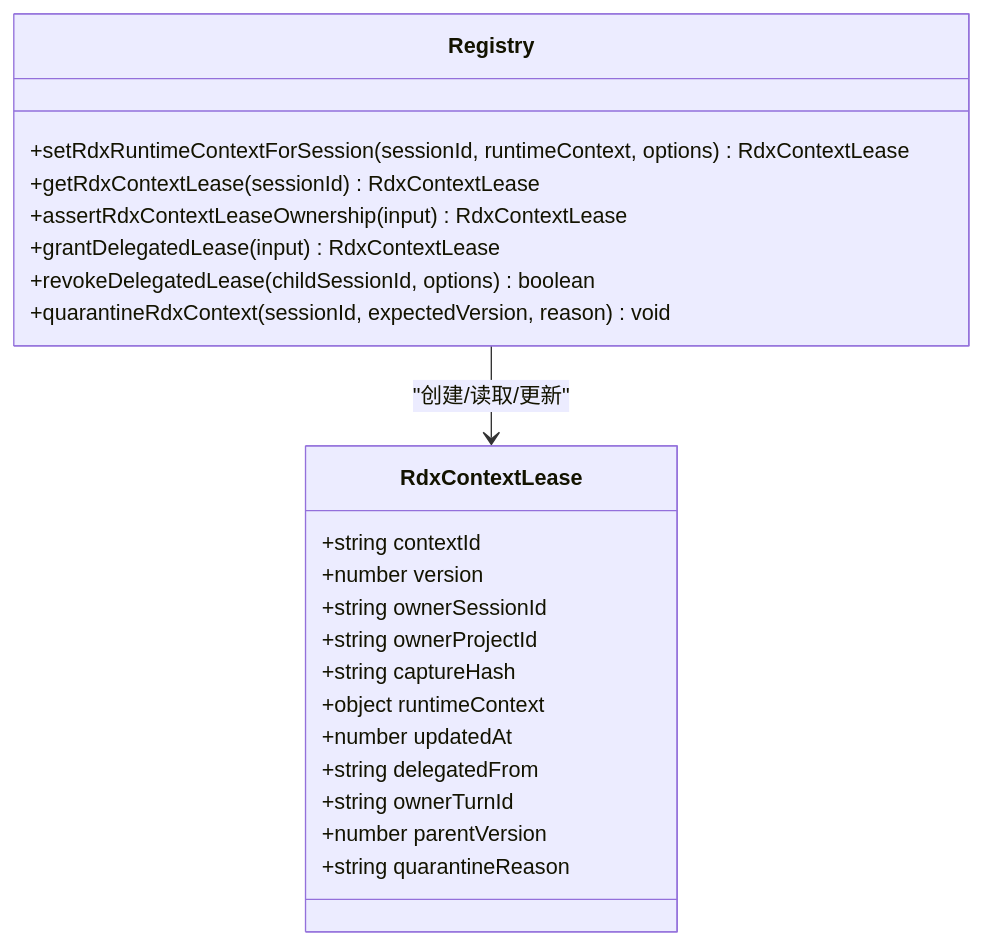
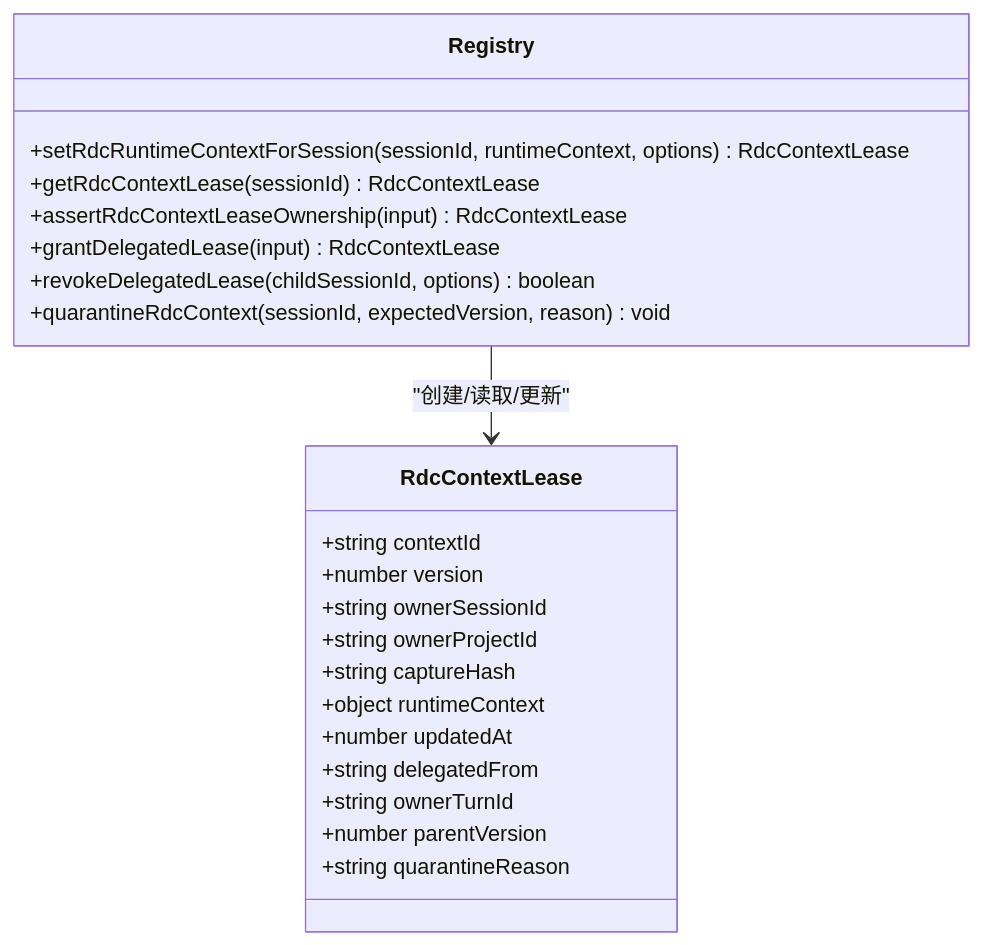
The fourth of 7 diagrams in .qoder/repowiki/zh/content/核心模块/会话管理系统/RDX 守护进程所有权注册表.md (haolange/RDC-Agent), drawn with Mermaid before and after one commit. The commit also changed other lines of this file and 557 other files, not shown here.

````diff
--- a/.qoder/repowiki/zh/content/核心模块/会话管理系统/RDX 守护进程所有权注册表.md
+++ b/.qoder/repowiki/zh/content/核心模块/会话管理系统/RDX 守护进程所有权注册表.md
@@ -174,25 +174,25 @@
 ```mermaid
 classDiagram
-class RdxContextLease {
+class RdcContextLease {
 +string contextId
 +number version
 +string ownerSessionId
 +string ownerProjectId
 +string captureHash
 +object runtimeContext
 +number updatedAt
 +string delegatedFrom
 +string ownerTurnId
 +number parentVersion
 +string quarantineReason
 }
 class Registry {
-+setRdxRuntimeContextForSession(sessionId, runtimeContext, options) RdxContextLease
-+getRdxContextLease(sessionId) RdxContextLease
-+assertRdxContextLeaseOwnership(input) RdxContextLease
-+grantDelegatedLease(input) RdxContextLease
++setRdcRuntimeContextForSession(sessionId, runtimeContext, options) RdcContextLease
++getRdcContextLease(sessionId) RdcContextLease
++assertRdcContextLeaseOwnership(input) RdcContextLease
++grantDelegatedLease(input) RdcContextLease
 +revokeDelegatedLease(childSessionId, options) boolean
-+quarantineRdxContext(sessionId, expectedVersion, reason) void
++quarantineRdcContext(sessionId, expectedVersion, reason) void
 }
-Registry --> RdxContextLease : "创建/读取/更新"
+Registry --> RdcContextLease : "创建/读取/更新"
 ```
````
